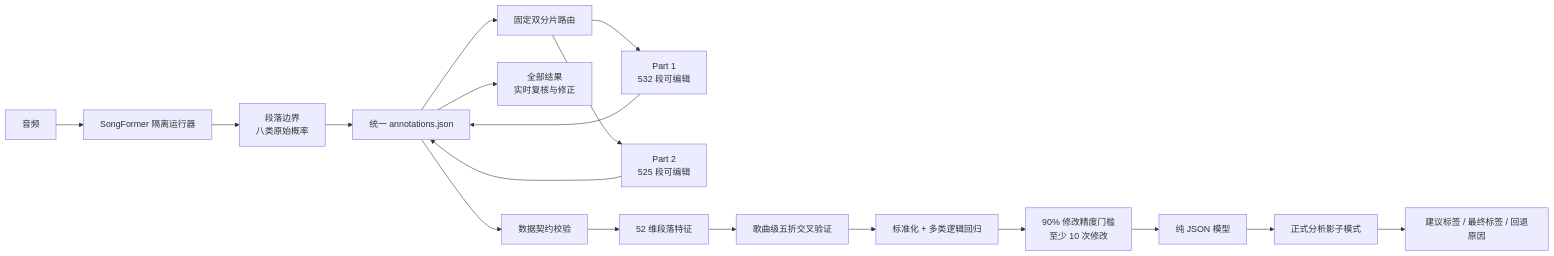
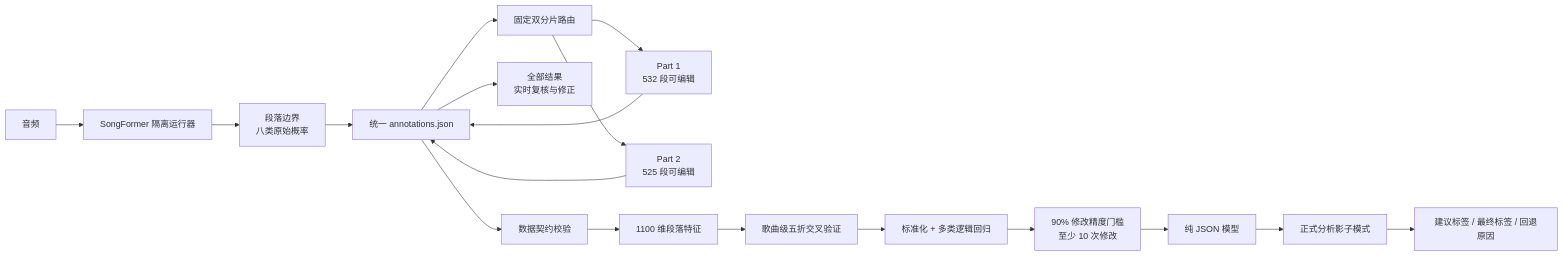
One commit to jihaobi123/harbeat-client changed the diagram in docs/songformer_section_relabeler_architecture.md. Above: the diagram before and after it, drawn with Mermaid. The commit also changed other lines of this file and 15 other files, not shown here.

````diff
--- a/docs/songformer_section_relabeler_architecture.md
+++ b/docs/songformer_section_relabeler_architecture.md
@@ -16,22 +16,22 @@
 ```mermaid
 flowchart LR
     A[音频] --> B[SongFormer 隔离运行器]
     B --> C[段落边界<br/>八类原始概率]
     C --> D[统一 annotations.json]
 
     D --> P[固定双分片路由]
     P --> P1[Part 1<br/>532 段可编辑]
     P --> P2[Part 2<br/>525 段可编辑]
     D --> R[全部结果<br/>实时复核与修正]
     P1 --> D
     P2 --> D
 
     D --> V[数据契约校验]
-    V --> F[52 维段落特征]
+    V --> F[1100 维段落特征]
     F --> CV[歌曲级五折交叉验证]
     CV --> LR[标准化 + 多类逻辑回归]
     LR --> G[90% 修改精度门槛<br/>至少 10 次修改]
     G --> J[纯 JSON 模型]
     J --> S[正式分析影子模式]
     S --> O[建议标签 / 最终标签 / 回退原因]
 ```
````
